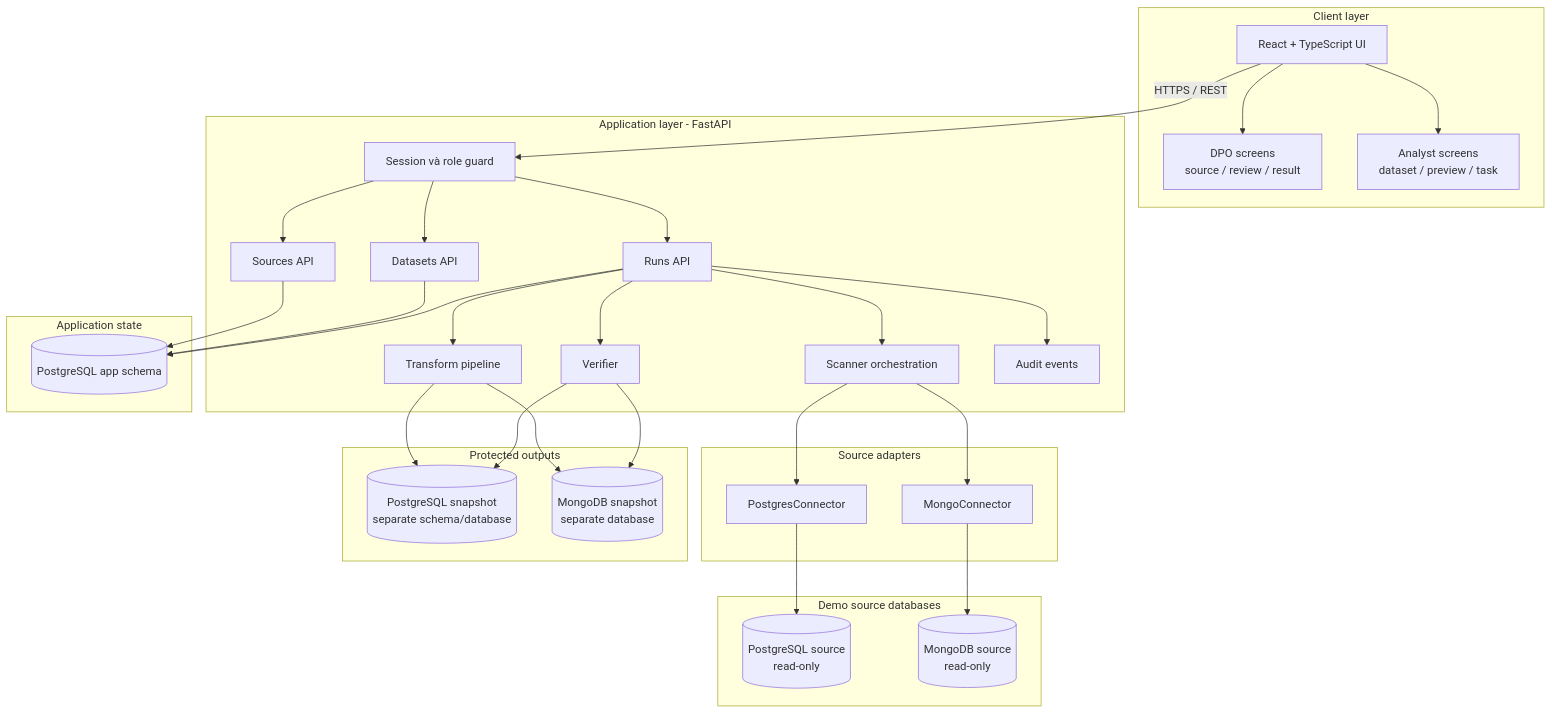
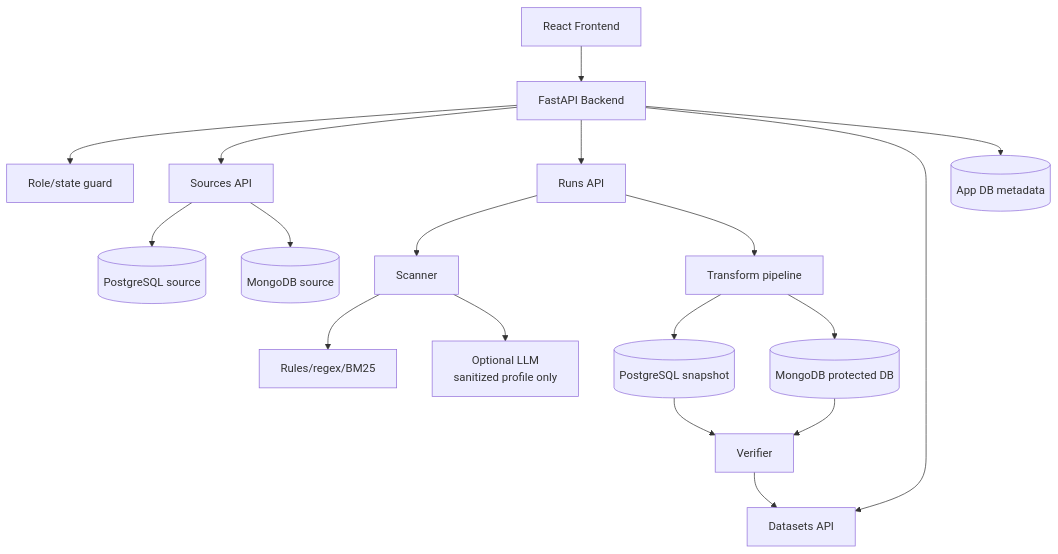
Before and after one commit to tlong1610/PII_Masking: the second of 4 diagrams in docs/SYSTEM_ARCHITECTURE.md, drawn with Mermaid. The commit also changed other lines of this file and 15 other files, not shown here.

Commit message:
feat: add source scope selection and HMAC-locked field handling to PII review experience

````diff
--- a/docs/SYSTEM_ARCHITECTURE.md
+++ b/docs/SYSTEM_ARCHITECTURE.md
@@ -42,60 +81,25 @@
-~~~mermaid
+```mermaid
 flowchart TB
-    subgraph Client[Client layer]
-        FE[React + TypeScript UI]
-        DPO_UI[DPO screens<br/>source / review / result]
-        ANA_UI[Analyst screens<br/>dataset / preview / task]
-        FE --> DPO_UI
-        FE --> ANA_UI
-    end
+    FE[React Frontend] --> API[FastAPI Backend]
 
-    subgraph API[Application layer - FastAPI]
-        AUTH[Session và role guard]
-        SOURCES[Sources API]
-        RUNS[Runs API]
-        DATASETS[Datasets API]
-        SCAN[Scanner orchestration]
-        TRANSFORM[Transform pipeline]
-        VERIFY[Verifier]
-        AUDIT[Audit events]
-    end
+    API --> AUTH[Role/state guard]
+    API --> SOURCES[Sources API]
+    API --> RUNS[Runs API]
+    API --> DATASETS[Datasets API]
+    API --> APPDB[(App DB metadata)]
 
-    subgraph AppDB[Application state]
-        META[(PostgreSQL app schema)]
-    end
+    RUNS --> SCAN[Scanner]
+    SCAN --> RULES[Rules/regex/BM25]
+    SCAN --> LLM[Optional LLM<br/>sanitized profile only]
 
-    subgraph Adapters[Source adapters]
-        PG[PostgresConnector]
-        MG[MongoConnector]
-    end
+    SOURCES --> PG[(PostgreSQL source)]
+    SOURCES --> MG[(MongoDB source)]
 
-    subgraph Sources[Demo source databases]
-        PG_SRC[(PostgreSQL source<br/>read-only)]
-        MG_SRC[(MongoDB source<br/>read-only)]
-    end
+    RUNS --> TRANSFORM[Transform pipeline]
+    TRANSFORM --> PGOUT[(PostgreSQL snapshot)]
+    TRANSFORM --> MGOUT[(MongoDB protected DB)]
 
-    subgraph Outputs[Protected outputs]
-        PG_SNAP[(PostgreSQL snapshot<br/>separate schema/database)]
-        MG_SNAP[(MongoDB snapshot<br/>separate database)]
-    end
-
-    FE -->|HTTPS / REST| AUTH
-    AUTH --> SOURCES
-    AUTH --> RUNS
-    AUTH --> DATASETS
-    SOURCES --> META
-    RUNS --> SCAN
-    RUNS --> TRANSFORM
-    RUNS --> VERIFY
-    RUNS --> AUDIT
-    DATASETS --> META
-    SCAN --> PG
-    SCAN --> MG
-    PG --> PG_SRC
-    MG --> MG_SRC
-    TRANSFORM --> PG_SNAP
-    TRANSFORM --> MG_SNAP
-    VERIFY --> PG_SNAP
-    VERIFY --> MG_SNAP
-    RUNS --> META
-~~~
+    PGOUT --> VERIFY[Verifier]
+    MGOUT --> VERIFY
+    VERIFY --> DATASETS
+```
````
